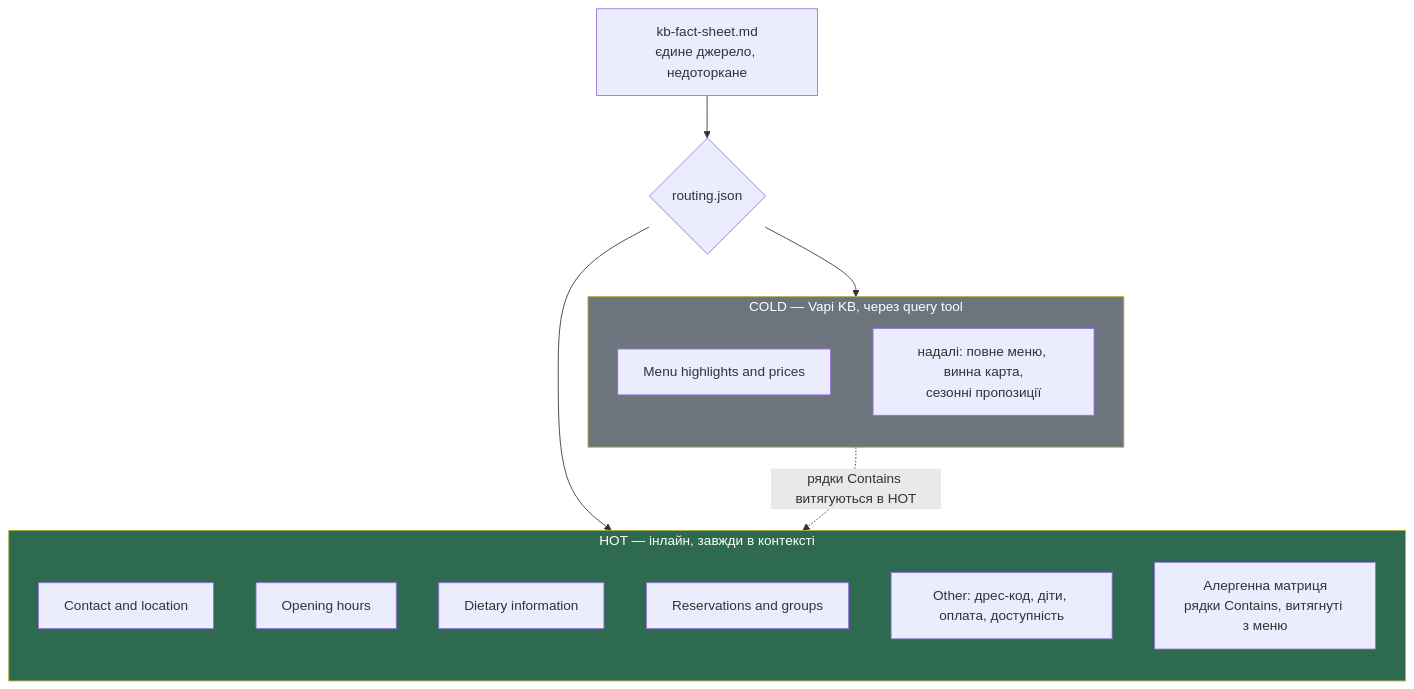
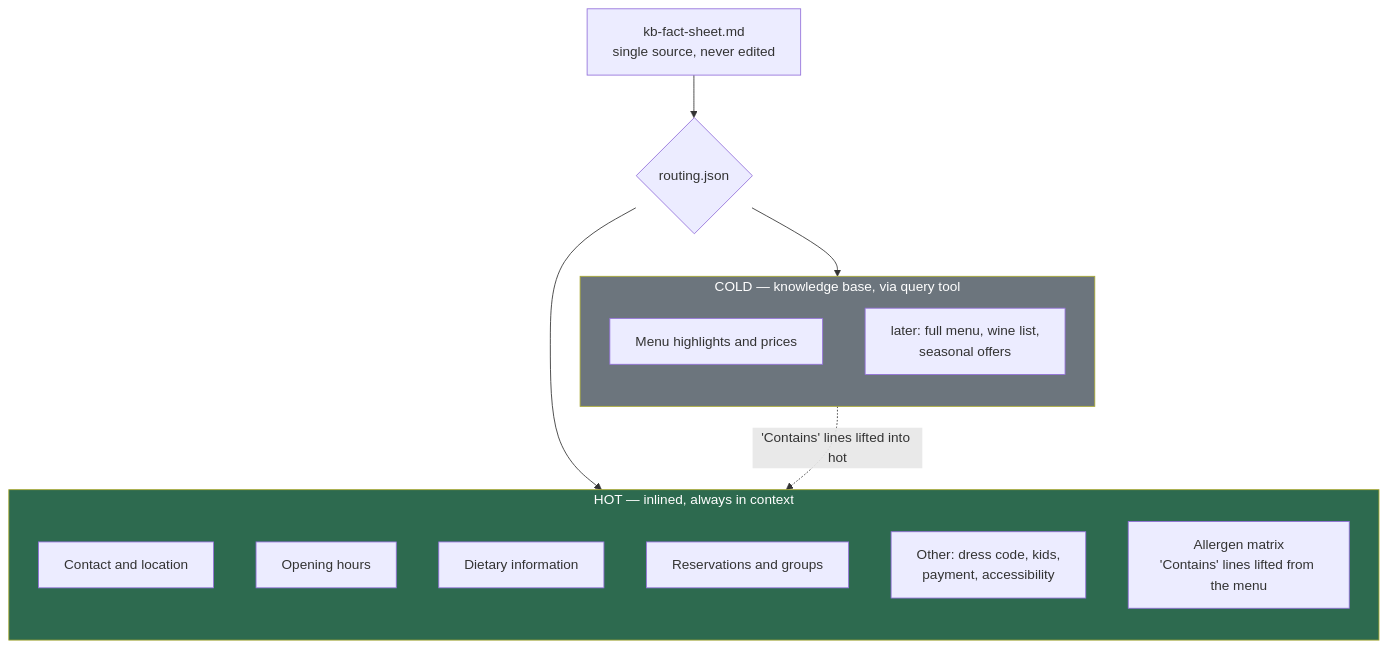
Before and after one commit to Dmitriymush/lemongrass-voice-agent: the diagram in docs/diagrams/07-hot-cold-split.mmd, drawn with Mermaid. The commit also changed 14 other files, not shown here.

First line of the commit message:
Translate the architecture and diagrams into English

```diff
--- a/docs/diagrams/07-hot-cold-split.mmd
+++ b/docs/diagrams/07-hot-cold-split.mmd
@@ -1,26 +1,26 @@
 flowchart TB
-    SRC["kb-fact-sheet.md<br/>єдине джерело, недоторкане"]
+    SRC["kb-fact-sheet.md<br/>single source, never edited"]
     SRC --> R{"routing.json"}
 
-    subgraph HOT["HOT — інлайн, завжди в контексті"]
+    subgraph HOT["HOT — inlined, always in context"]
         direction TB
         H1["Contact and location"]
         H2["Opening hours"]
         H3["Dietary information"]
         H4["Reservations and groups"]
-        H5["Other: дрес-код, діти, оплата, доступність"]
-        H6["Алергенна матриця<br/>рядки Contains, витягнуті з меню"]
+        H5["Other: dress code, kids,<br/>payment, accessibility"]
+        H6["Allergen matrix<br/>'Contains' lines lifted from the menu"]
     end
 
-    subgraph COLD["COLD — Vapi KB, через query tool"]
+    subgraph COLD["COLD — knowledge base, via query tool"]
         direction TB
         C1["Menu highlights and prices"]
-        C2["надалі: повне меню, винна карта,<br/>сезонні пропозиції"]
+        C2["later: full menu, wine list,<br/>seasonal offers"]
     end
 
     R --> HOT
     R --> COLD
-    COLD -.->|"рядки Contains витягуються в HOT"| H6
+    COLD -.->|"'Contains' lines lifted into hot"| H6
 
     style HOT fill:#2d6a4f,color:#fff
     style COLD fill:#6c757d,color:#fff
```
